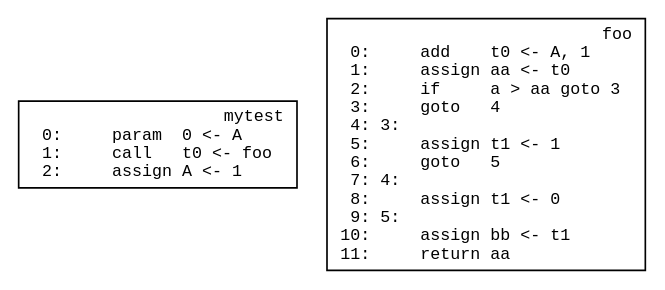
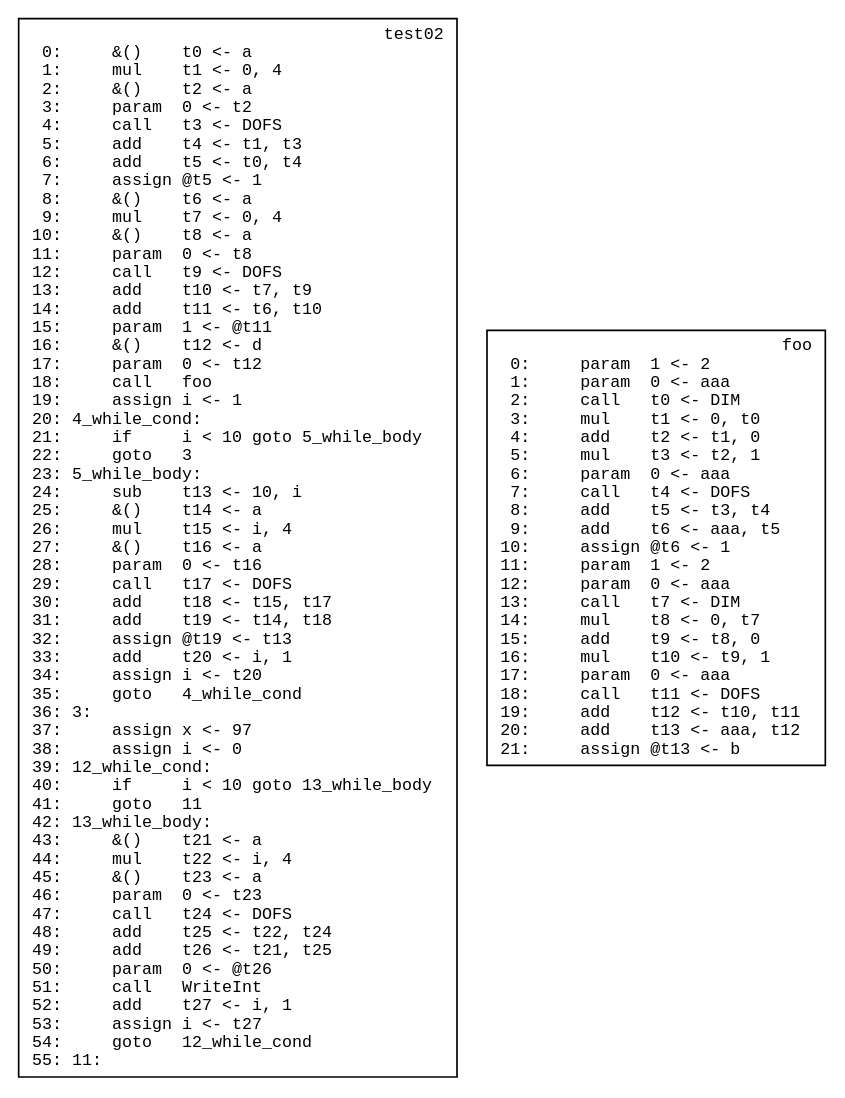
The diagram in 5.Code.Generation/snuplc/mytest.mod.tac.dot (Kedia94/Compiler_2016sp), drawn with Graphviz before and after one commit. The commit also changed 60 other files, not shown here.

```diff
--- a/5.Code.Generation/snuplc/mytest.mod.tac.dot
+++ b/5.Code.Generation/snuplc/mytest.mod.tac.dot
@@ -1,10 +1,10 @@
 digraph IR {
   graph [fontname="Times New Roman",fontsize=10];
   node  [fontname="Courier New",fontsize=10];
   edge  [fontname="Times New Roman",fontsize=10];
 
-  // scope 'mytest'
-  mytest_cb [label="mytest\r  0:     param  0 <- A\l  1:     call   t0 <- foo\l  2:     assign A <- 1\l",shape=box]
+  // scope 'test02'
+  test02_cb [label="test02\r  0:     &()    t0 <- a\l  1:     mul    t1 <- 0, 4\l  2:     &()    t2 <- a\l  3:     param  0 <- t2\l  4:     call   t3 <- DOFS\l  5:     add    t4 <- t1, t3\l  6:     add    t5 <- t0, t4\l  7:     assign @t5 <- 1\l  8:     &()    t6 <- a\l  9:     mul    t7 <- 0, 4\l 10:     &()    t8 <- a\l 11:     param  0 <- t8\l 12:     call   t9 <- DOFS\l 13:     add    t10 <- t7, t9\l 14:     add    t11 <- t6, t10\l 15:     param  1 <- @t11\l 16:     &()    t12 <- d\l 17:     param  0 <- t12\l 18:     call   foo\l 19:     assign i <- 1\l 20: 4_while_cond:\l 21:     if     i < 10 goto 5_while_body\l 22:     goto   3\l 23: 5_while_body:\l 24:     sub    t13 <- 10, i\l 25:     &()    t14 <- a\l 26:     mul    t15 <- i, 4\l 27:     &()    t16 <- a\l 28:     param  0 <- t16\l 29:     call   t17 <- DOFS\l 30:     add    t18 <- t15, t17\l 31:     add    t19 <- t14, t18\l 32:     assign @t19 <- t13\l 33:     add    t20 <- i, 1\l 34:     assign i <- t20\l 35:     goto   4_while_cond\l 36: 3:\l 37:     assign x <- 97\l 38:     assign i <- 0\l 39: 12_while_cond:\l 40:     if     i < 10 goto 13_while_body\l 41:     goto   11\l 42: 13_while_body:\l 43:     &()    t21 <- a\l 44:     mul    t22 <- i, 4\l 45:     &()    t23 <- a\l 46:     param  0 <- t23\l 47:     call   t24 <- DOFS\l 48:     add    t25 <- t22, t24\l 49:     add    t26 <- t21, t25\l 50:     param  0 <- @t26\l 51:     call   WriteInt\l 52:     add    t27 <- i, 1\l 53:     assign i <- t27\l 54:     goto   12_while_cond\l 55: 11:\l",shape=box]
   // scope 'foo'
-  foo_cb [label="foo\r  0:     add    t0 <- A, 1\l  1:     assign aa <- t0\l  2:     if     a > aa goto 3\l  3:     goto   4\l  4: 3:\l  5:     assign t1 <- 1\l  6:     goto   5\l  7: 4:\l  8:     assign t1 <- 0\l  9: 5:\l 10:     assign bb <- t1\l 11:     return aa\l",shape=box]
+  foo_cb [label="foo\r  0:     param  1 <- 2\l  1:     param  0 <- aaa\l  2:     call   t0 <- DIM\l  3:     mul    t1 <- 0, t0\l  4:     add    t2 <- t1, 0\l  5:     mul    t3 <- t2, 1\l  6:     param  0 <- aaa\l  7:     call   t4 <- DOFS\l  8:     add    t5 <- t3, t4\l  9:     add    t6 <- aaa, t5\l 10:     assign @t6 <- 1\l 11:     param  1 <- 2\l 12:     param  0 <- aaa\l 13:     call   t7 <- DIM\l 14:     mul    t8 <- 0, t7\l 15:     add    t9 <- t8, 0\l 16:     mul    t10 <- t9, 1\l 17:     param  0 <- aaa\l 18:     call   t11 <- DOFS\l 19:     add    t12 <- t10, t11\l 20:     add    t13 <- aaa, t12\l 21:     assign @t13 <- b\l",shape=box]
 }
```
